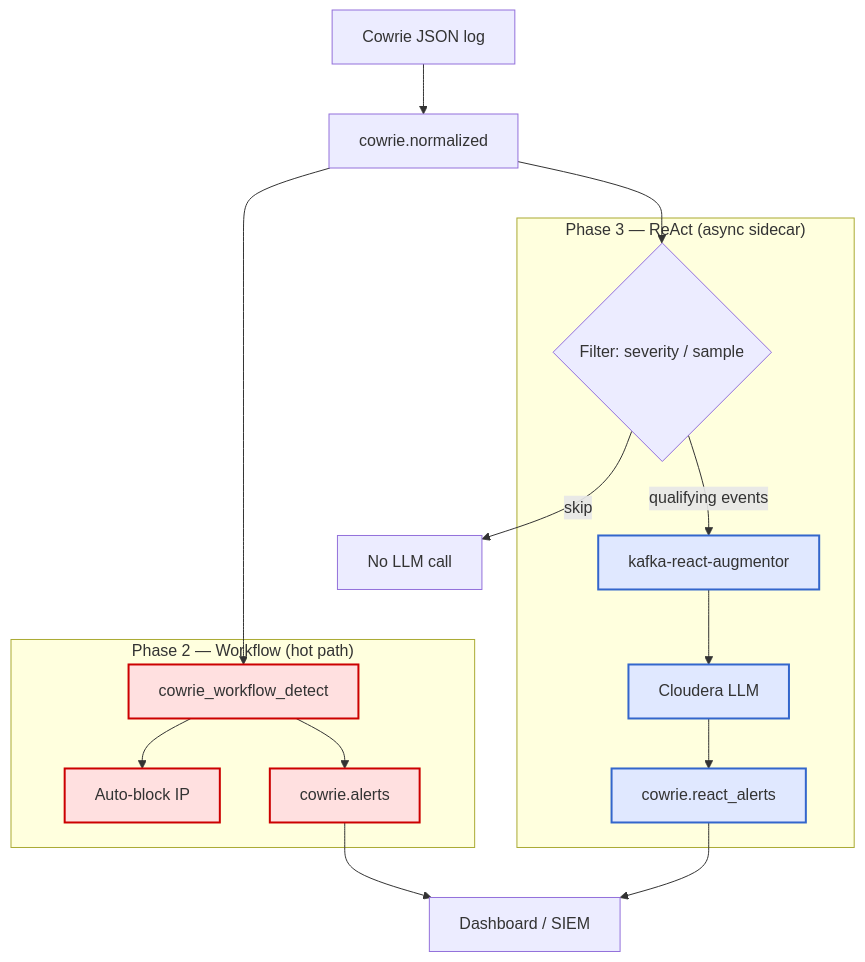
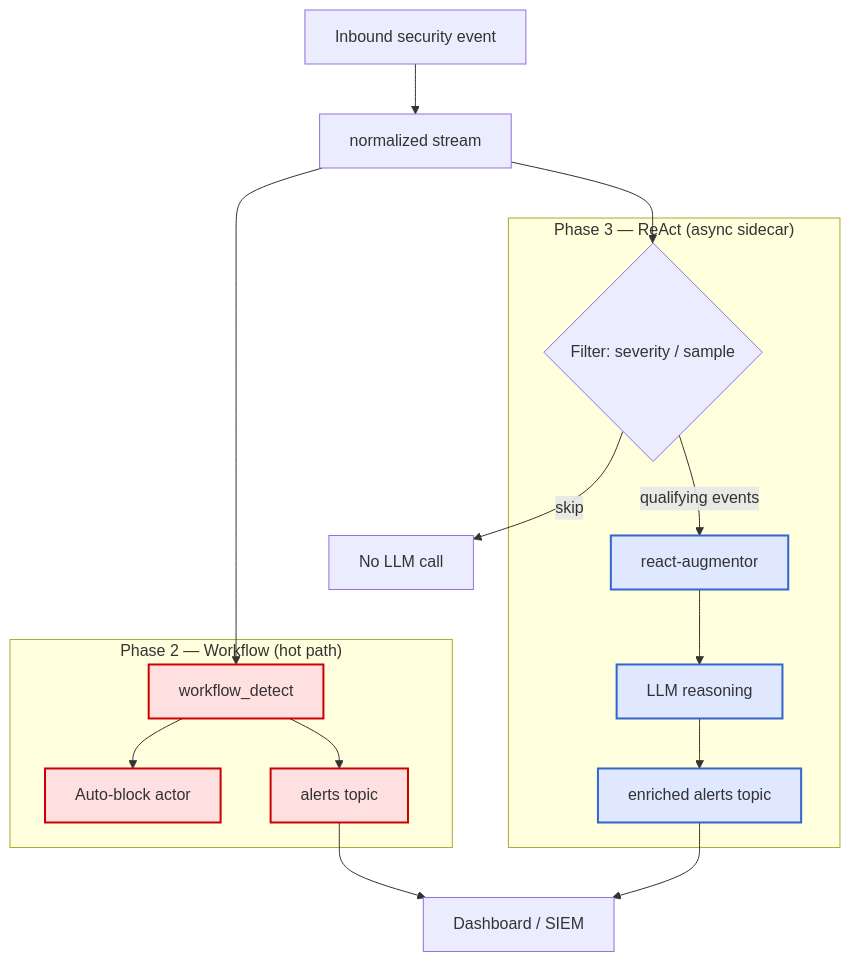
Before and after one commit to BrooksIan/FlinkDockerWithAgents: the diagram in docs/images/workflow-vs-react-hybrid.mmd, drawn with Mermaid. The commit also changed 665 other files, not shown here.

```diff
--- a/docs/images/workflow-vs-react-hybrid.mmd
+++ b/docs/images/workflow-vs-react-hybrid.mmd
@@ -1,31 +1,31 @@
-%% Hybrid pattern — workflow hot path + ReAct enrichment (Cowrie demo)
+%% Hybrid pattern — workflow hot path + ReAct enrichment
 flowchart TB
-    C[Cowrie JSON log] --> K[cowrie.normalized]
+    E[Inbound security event] --> K[normalized stream]
 
-  subgraph Phase2["Phase 2 — Workflow (hot path)"]
-        W[cowrie_workflow_detect]
-        BL[Auto-block IP]
-        TA[cowrie.alerts]
+    subgraph Phase2["Phase 2 — Workflow (hot path)"]
+        W[workflow_detect]
+        BL[Auto-block actor]
+        TA[alerts topic]
     end
 
     subgraph Phase3["Phase 3 — ReAct (async sidecar)"]
         F{Filter: severity / sample}
-        R[kafka-react-augmentor]
-        LLM[Cloudera LLM]
-        TR[cowrie.react_alerts]
+        R[react-augmentor]
+        LLM[LLM reasoning]
+        TR[enriched alerts topic]
     end
 
     K --> W
     W --> BL
     W --> TA
     K --> F
     F -->|qualifying events| R --> LLM --> TR
     F -->|skip| X[No LLM call]
 
     TA --> D[Dashboard / SIEM]
     TR --> D
 
     classDef hot fill:#ffe0e0,stroke:#c00,stroke-width:2px
     classDef cold fill:#e0e8ff,stroke:#36c,stroke-width:2px
     class W,BL,TA hot
     class R,LLM,TR cold
```
